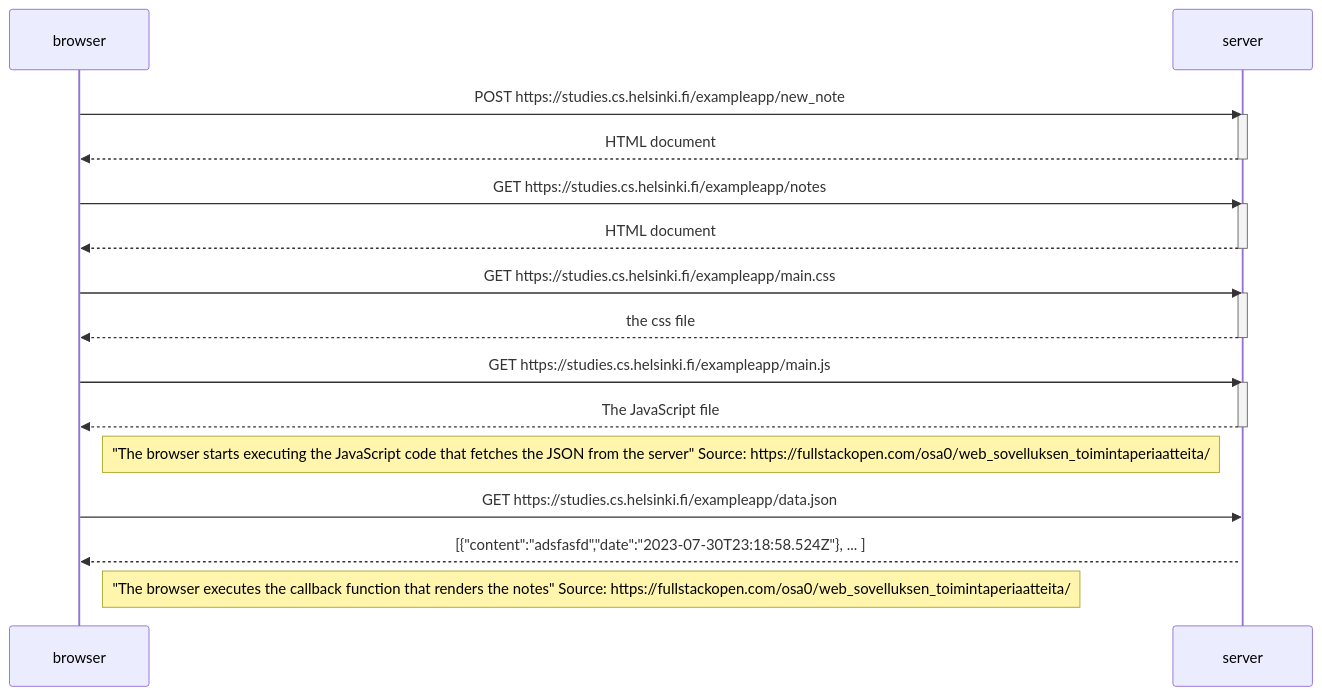
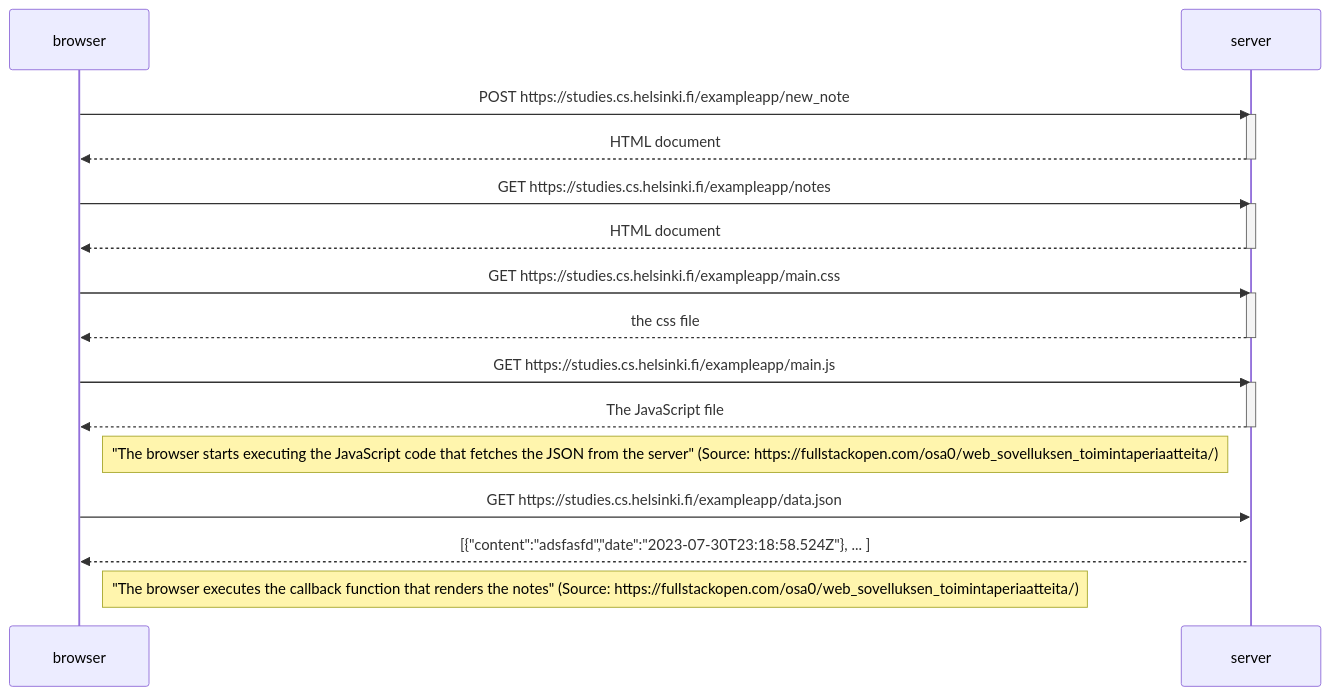
One commit to alelikak/fullstackopen changed the diagram in 04.md. Above: the diagram before and after it, drawn with Mermaid.

````diff
--- a/04.md
+++ b/04.md
@@ -1,34 +1,34 @@
 ```mermaid
 sequenceDiagram
     participant browser
     participant server
     
     browser->>server: POST https://studies.cs.helsinki.fi/exampleapp/new_note
     activate server
     server-->>browser: HTML document
     deactivate server
     
     browser->>server: GET https://studies.cs.helsinki.fi/exampleapp/notes
     activate server
     server-->>browser: HTML document
     deactivate server
     
     browser->>server: GET https://studies.cs.helsinki.fi/exampleapp/main.css
     activate server
     server-->>browser: the css file
     deactivate server
     
     
     browser->>server: GET https://studies.cs.helsinki.fi/exampleapp/main.js
     activate server
     server-->>browser: The JavaScript file
     deactivate server    
 
-    Note right of browser: "The browser starts executing the JavaScript code that fetches the JSON from the server" Source: https://fullstackopen.com/osa0/web_sovelluksen_toimintaperiaatteita/
+    Note right of browser: "The browser starts executing the JavaScript code that fetches the JSON from the server" (Source: https://fullstackopen.com/osa0/web_sovelluksen_toimintaperiaatteita/)
     
 
     browser->>server: GET https://studies.cs.helsinki.fi/exampleapp/data.json
     activate server
     server-->>browser: [{"content":"adsfasfd","date":"2023-07-30T23:18:58.524Z"}, ... ]
-    Note right of browser: "The browser executes the callback function that renders the notes" Source: https://fullstackopen.com/osa0/web_sovelluksen_toimintaperiaatteita/
+    Note right of browser: "The browser executes the callback function that renders the notes" (Source: https://fullstackopen.com/osa0/web_sovelluksen_toimintaperiaatteita/)
 ```
````
